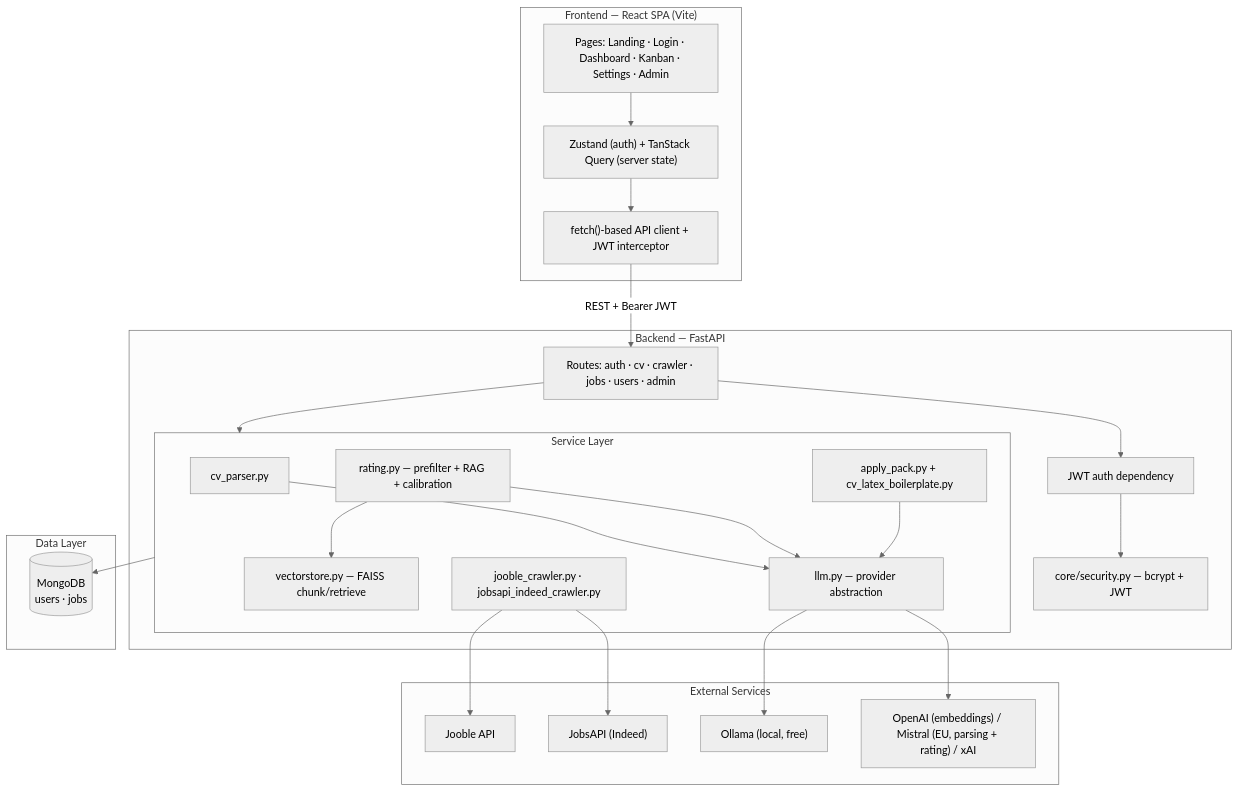
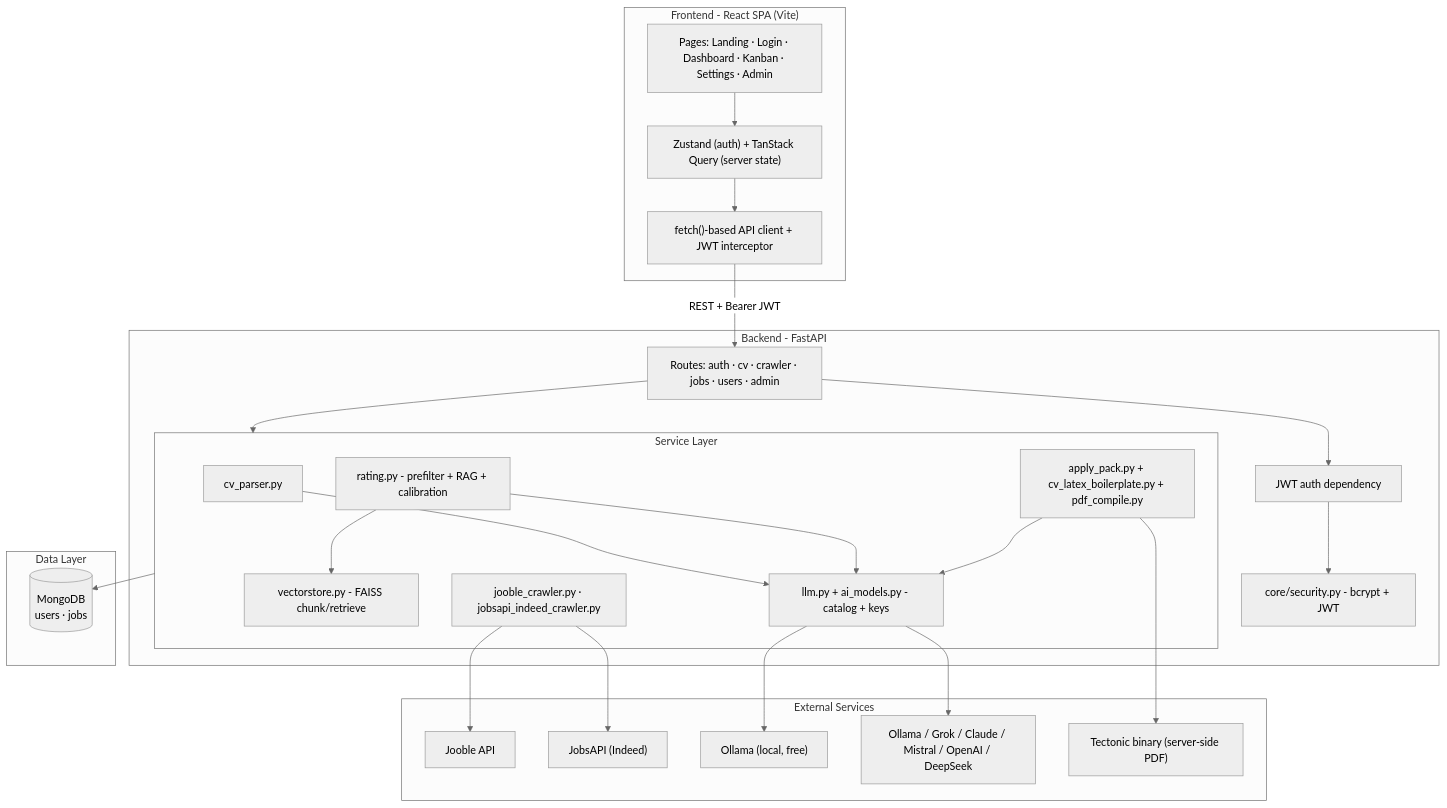
Before and after one commit to itsmesaim/jobRadarAI: the first of 3 diagrams in README.md, drawn with Mermaid (neutral theme). The commit also changed other lines of this file and 62 other files, not shown here.

````diff
--- a/README.md
+++ b/README.md
@@ -26,45 +32,47 @@
 ```mermaid
 flowchart TB
-    subgraph Client["Frontend — React SPA (Vite)"]
+    subgraph Client["Frontend - React SPA (Vite)"]
         Pages["Pages: Landing · Login · Dashboard · Kanban · Settings · Admin"]
         State["Zustand (auth) + TanStack Query (server state)"]
         Fetch["fetch()-based API client + JWT interceptor"]
     end
 
-    subgraph Backend["Backend — FastAPI"]
+    subgraph Backend["Backend - FastAPI"]
         Routes["Routes: auth · cv · crawler · jobs · users · admin"]
         Deps["JWT auth dependency"]
         subgraph Services["Service Layer"]
             CVParser["cv_parser.py"]
-            Rating["rating.py — prefilter + RAG + calibration"]
-            Vectorstore["vectorstore.py — FAISS chunk/retrieve"]
-            ApplyPack["apply_pack.py + cv_latex_boilerplate.py"]
+            Rating["rating.py - prefilter + RAG + calibration"]
+            Vectorstore["vectorstore.py - FAISS chunk/retrieve"]
+            ApplyPack["apply_pack.py + cv_latex_boilerplate.py + pdf_compile.py"]
             Crawlers["jooble_crawler.py · jobsapi_indeed_crawler.py"]
-            LLM["llm.py — provider abstraction"]
+            LLM["llm.py + ai_models.py - catalog + keys"]
         end
-        Security["core/security.py — bcrypt + JWT"]
+        Security["core/security.py - bcrypt + JWT"]
     end
 
     subgraph Data["Data Layer"]
         MongoDB[("MongoDB<br/>users · jobs")]
     end
 
     subgraph External["External Services"]
         Jooble["Jooble API"]
         JobsAPI["JobsAPI (Indeed)"]
         Ollama["Ollama (local, free)"]
-        OpenAI["OpenAI (embeddings) / Mistral (EU, parsing + rating) / xAI"]
+        LLMs["Ollama / Grok / Claude / Mistral / OpenAI / DeepSeek"]
+        Tectonic["Tectonic binary (server-side PDF)"]
     end
 
     Pages --> State --> Fetch
     Fetch -->|"REST + Bearer JWT"| Routes
     Routes --> Deps --> Security
     Routes --> Services
     Services --> MongoDB
     CVParser --> LLM
     Rating --> Vectorstore
     Rating --> LLM
     ApplyPack --> LLM
+    ApplyPack --> Tectonic
     Crawlers --> Jooble & JobsAPI
-    LLM --> Ollama & OpenAI
+    LLM --> Ollama & LLMs
 ```
````
